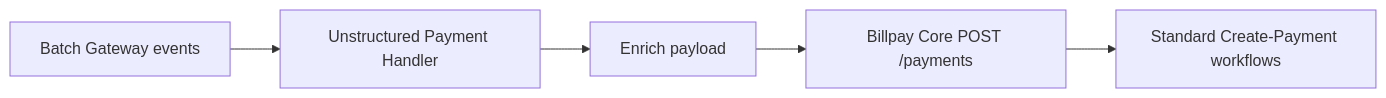
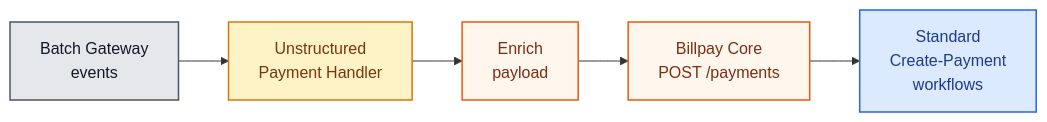
Before and after one commit to arunav-bhattacharya/billpay-docs: the fourth of 4 diagrams in docs/design/workflows/event-handlers.md, drawn with Mermaid. The commit also changed other lines of this file and 28 other files, not shown here.

````diff
--- a/docs/design/workflows/event-handlers.md
+++ b/docs/design/workflows/event-handlers.md
@@ -52,7 +82,17 @@
 ```mermaid
 flowchart LR
-  BG[Batch Gateway events] --> H[Unstructured Payment Handler]
-  H --> E[Enrich payload]
-  E --> POST[Billpay Core POST /payments]
-  POST --> WF[Standard Create-Payment workflows]
+  BG["Batch Gateway<br/>events"] --> H["Unstructured<br/>Payment Handler"]
+  H --> E["Enrich<br/>payload"]
+  E --> POST["Billpay Core<br/>POST /payments"]
+  POST --> WF["Standard<br/>Create-Payment<br/>workflows"]
+
+  classDef source fill:#e5e7eb,stroke:#4b5563,stroke-width:1.5px,color:#111827;
+  classDef handler fill:#fef3c7,stroke:#d97706,stroke-width:1.5px,color:#78350f;
+  classDef step fill:#fff7ed,stroke:#ea580c,stroke-width:1.5px,color:#7c2d12;
+  classDef workflow fill:#dbeafe,stroke:#2563eb,stroke-width:1.5px,color:#1e3a8a;
+
+  class BG source;
+  class H handler;
+  class E,POST step;
+  class WF workflow;
 ```
````
